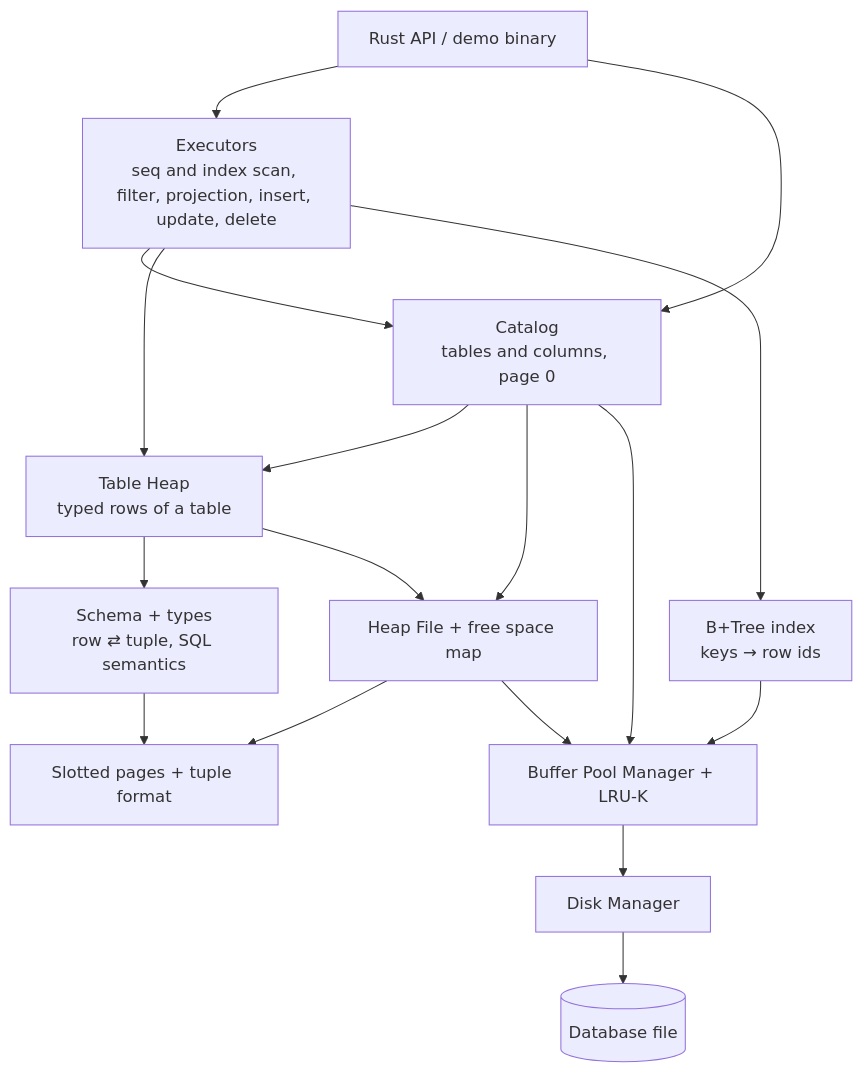
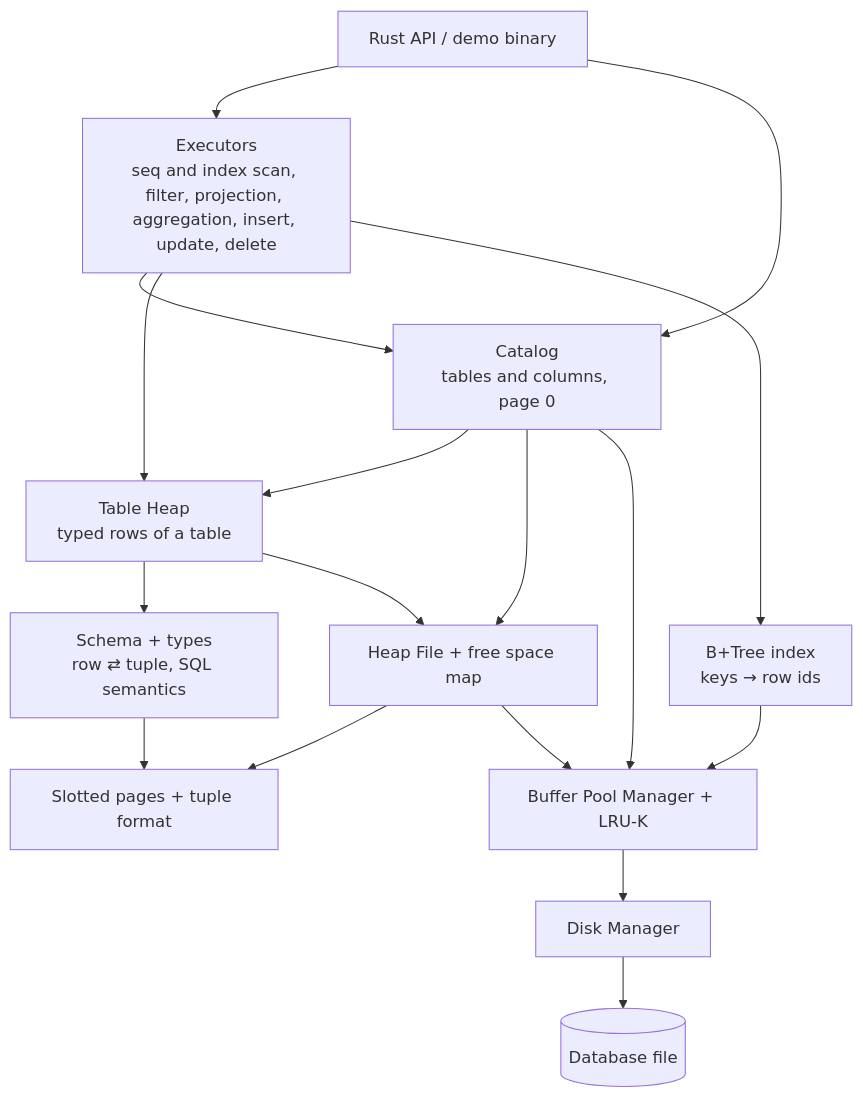
One commit to RodrigoGrz/ferro-db changed the diagram in README.md. Above: the diagram before and after it, drawn with Mermaid. The commit also changed other lines of this file and 9 other files, not shown here.

````diff
--- a/README.md
+++ b/README.md
@@ -47,31 +47,31 @@
 ```mermaid
 flowchart TD
     app["Rust API / demo binary"]
     catalog["Catalog<br/>tables and columns, page 0"]
     tableheap["Table Heap<br/>typed rows of a table"]
     btree["B+Tree index<br/>keys → row ids"]
-    exec["Executors<br/>seq and index scan, filter, projection, insert, update, delete"]
+    exec["Executors<br/>seq and index scan, filter, projection, aggregation, insert, update, delete"]
     schema["Schema + types<br/>row ⇄ tuple, SQL semantics"]
     heap["Heap File + free space map"]
     page["Slotted pages + tuple format"]
     bpm["Buffer Pool Manager + LRU-K"]
     disk["Disk Manager"]
     file[("Database file")]
 
     app --> exec
     exec --> catalog
     exec --> tableheap
     exec --> btree
     app --> catalog
     btree --> bpm
     catalog --> tableheap
     catalog --> heap
     tableheap --> schema
     tableheap --> heap
     schema --> page
     heap --> page
     heap --> bpm
     catalog --> bpm
     bpm --> disk
     disk --> file
 ```
````
